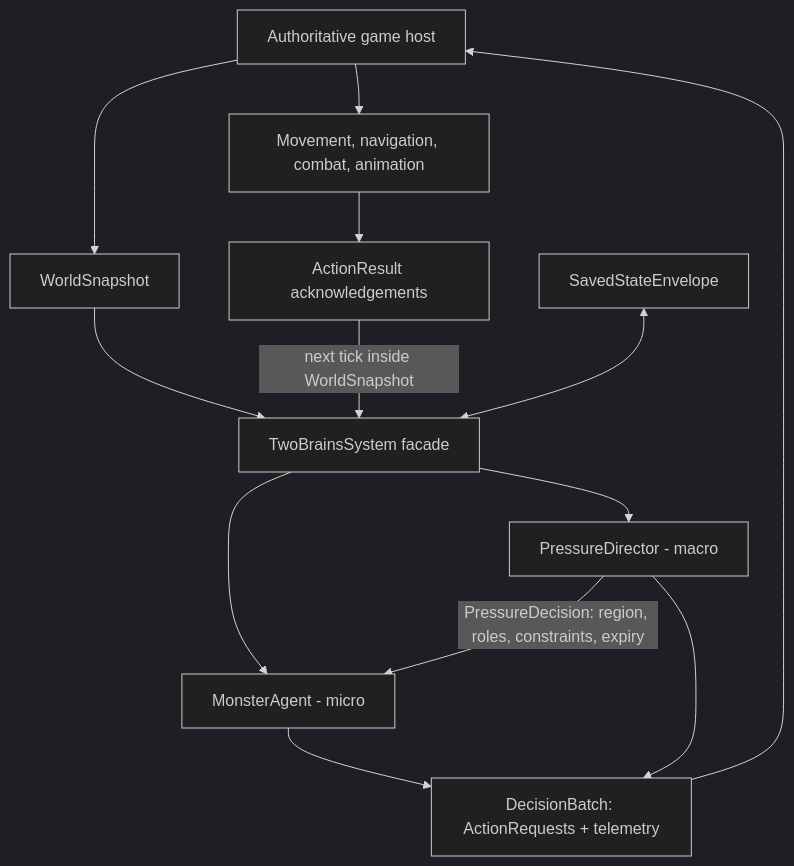
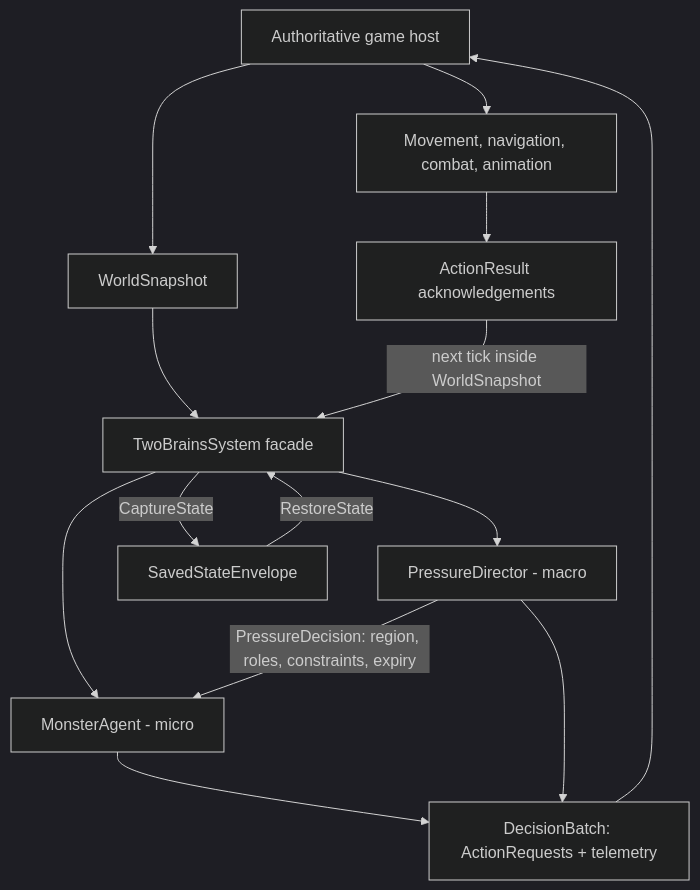
One commit to zeljkovranjes/sbox-two-brain-director changed the first of 2 diagrams in docs/ARCHITECTURE.md. Above: the diagram before and after it, drawn with Mermaid (dark theme). The commit also changed other lines of this file and 119 other files, not shown here.

````diff
--- a/docs/ARCHITECTURE.md
+++ b/docs/ARCHITECTURE.md
@@ -9,15 +9,16 @@
 ```mermaid
 flowchart TD
   Host[Authoritative game host] --> Snap[WorldSnapshot]
   Snap --> Sys[TwoBrainsSystem facade]
   Sys --> Macro[PressureDirector - macro]
   Sys --> Micro[MonsterAgent - micro]
   Macro -->|PressureDecision: region, roles, constraints, expiry| Micro
   Micro --> Batch[DecisionBatch: ActionRequests + telemetry]
   Macro --> Batch
   Batch --> Host
   Host --> Exec[Movement, navigation, combat, animation]
   Exec --> Ack[ActionResult acknowledgements]
   Ack -->|next tick inside WorldSnapshot| Sys
-  Save[SavedStateEnvelope] <--> Sys
+  Sys -->|CaptureState| Save[SavedStateEnvelope]
+  Save -->|RestoreState| Sys
 ```
````
